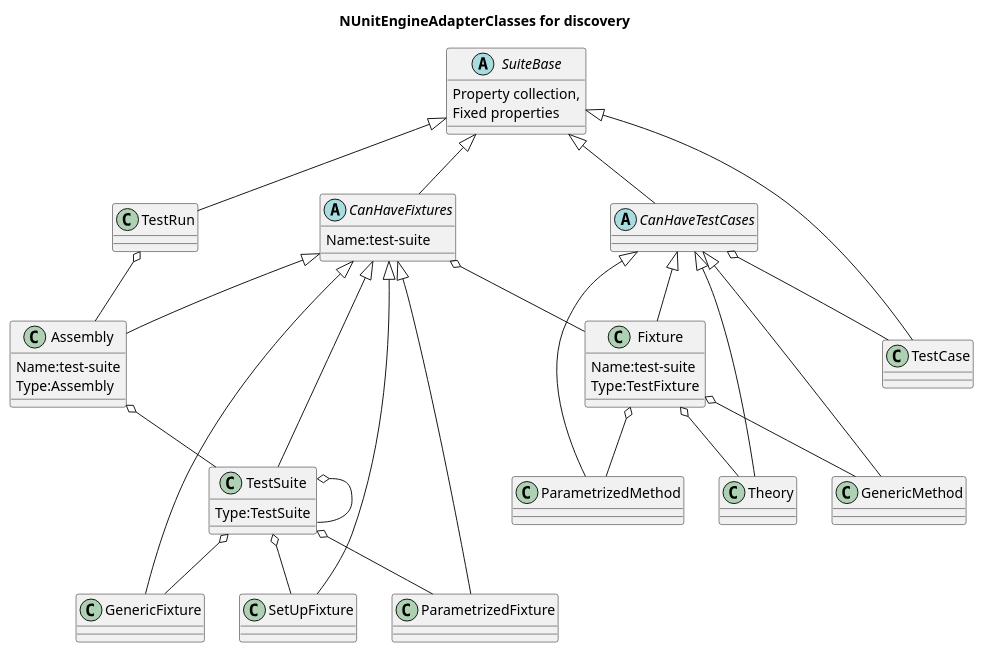
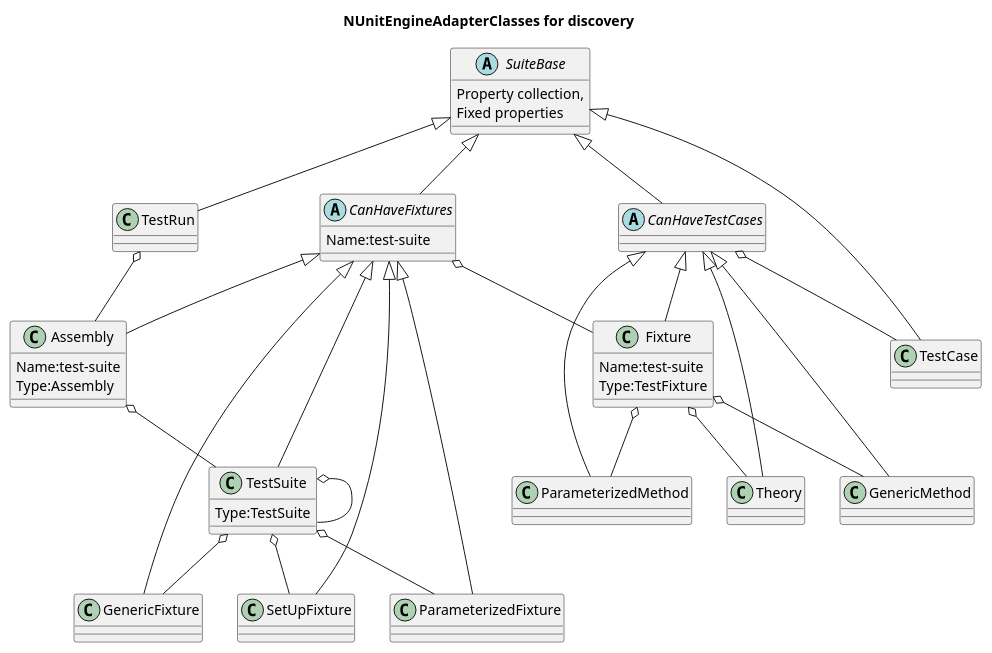
Before and after one commit to nunit/nunit3-vs-adapter: the diagram in src/NUnitTestAdapter/NUnitEngine/EngineAdapterClasses.plantuml, drawn with PlantUML. The commit also changed 16 other files, not shown here.

```diff
--- a/src/NUnitTestAdapter/NUnitEngine/EngineAdapterClasses.plantuml
+++ b/src/NUnitTestAdapter/NUnitEngine/EngineAdapterClasses.plantuml
@@ -1,59 +1,59 @@
 @startuml
 title NUnitEngineAdapterClasses for discovery
    CanHaveFixtures <|-- TestSuite
    SuiteBase <|-- CanHaveTestCases
    SuiteBase <|-- CanHaveFixtures
    SuiteBase <|-- TestRun
    CanHaveTestCases <|-- Fixture
    SuiteBase <|-- TestCase
-   CanHaveTestCases <|-- ParametrizedMethod
+   CanHaveTestCases <|-- ParameterizedMethod
    CanHaveFixtures <|-- GenericFixture
    CanHaveFixtures <|-- SetUpFixture
    CanHaveTestCases <|-- Theory
    TestSuite o-- GenericFixture
    TestSuite o-- TestSuite
-   Fixture o-- ParametrizedMethod
+   Fixture o-- ParameterizedMethod
    CanHaveTestCases o-- TestCase
    CanHaveFixtures o-- Fixture
-   CanHaveFixtures <|-- ParametrizedFixture
+   CanHaveFixtures <|-- ParameterizedFixture
    CanHaveFixtures <|-- Assembly
-   TestSuite o-- ParametrizedFixture
+   TestSuite o-- ParameterizedFixture
    TestSuite o-- SetUpFixture
    Assembly o-- TestSuite
    Fixture o-- Theory
    Fixture o-- GenericMethod
    CanHaveTestCases <|-- GenericMethod
    TestRun o-- Assembly
    
 abstract class SuiteBase {
    Property collection,
    Fixed properties
 }
 
 abstract class CanHaveTestCases {
    
 
 }
 
 abstract class CanHaveFixtures {
    Name:test-suite
 }
 
 class Assembly
 {
    Name:test-suite
    Type:Assembly
 }
 
 class TestSuite{
    Type:TestSuite
 }
 
 class Fixture{
    Name:test-suite
    Type:TestFixture
 }
 
 
    
 @enduml
```
